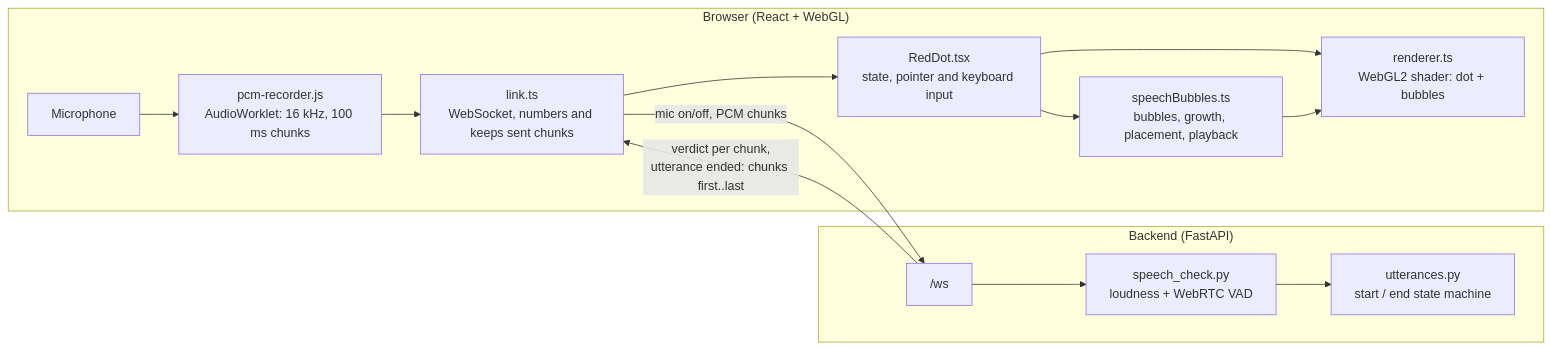
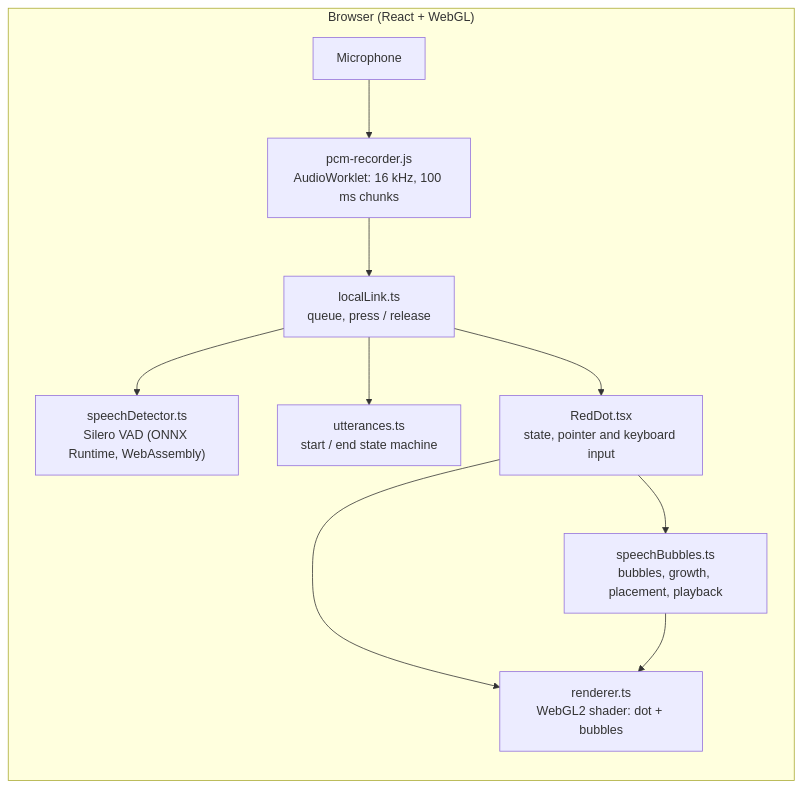
One commit to ma-hei/RedDot changed the diagram in README.md. Above: the diagram before and after it, drawn with Mermaid. The commit also changed other lines of this file and 13 other files, not shown here.

First line of the commit message:
Speech detection in the browser (Silero VAD) by default; speech-to-text optional

````diff
--- a/README.md
+++ b/README.md
@@ -22,17 +22,13 @@
 ```mermaid
 flowchart LR
   subgraph browser["Browser (React + WebGL)"]
     mic["Microphone"] --> rec["pcm-recorder.js<br/>AudioWorklet: 16 kHz, 100 ms chunks"]
-    rec --> link["link.ts<br/>WebSocket, numbers and keeps sent chunks"]
+    rec --> link["localLink.ts<br/>queue, press / release"]
+    link --> vad["speechDetector.ts<br/>Silero VAD (ONNX Runtime, WebAssembly)"]
+    link --> utt["utterances.ts<br/>start / end state machine"]
     link --> dot["RedDot.tsx<br/>state, pointer and keyboard input"]
     dot --> bubbles["speechBubbles.ts<br/>bubbles, growth, placement, playback"]
     dot --> gl["renderer.ts<br/>WebGL2 shader: dot + bubbles"]
     bubbles --> gl
   end
-  subgraph backend["Backend (FastAPI)"]
-    ws["/ws"] --> check["speech_check.py<br/>loudness + WebRTC VAD"]
-    check --> utt["utterances.py<br/>start / end state machine"]
-  end
-  link -- "mic on/off, PCM chunks" --> ws
-  ws -- "verdict per chunk,<br/>utterance ended: chunks first..last" --> link
 ```
````
